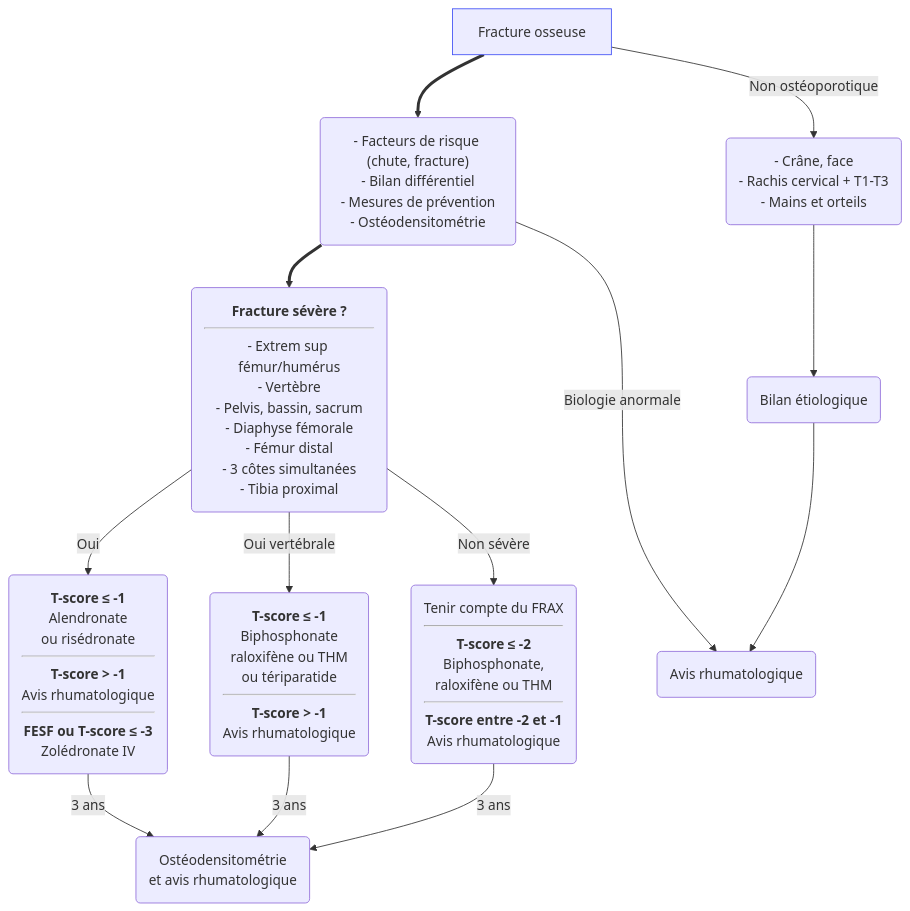
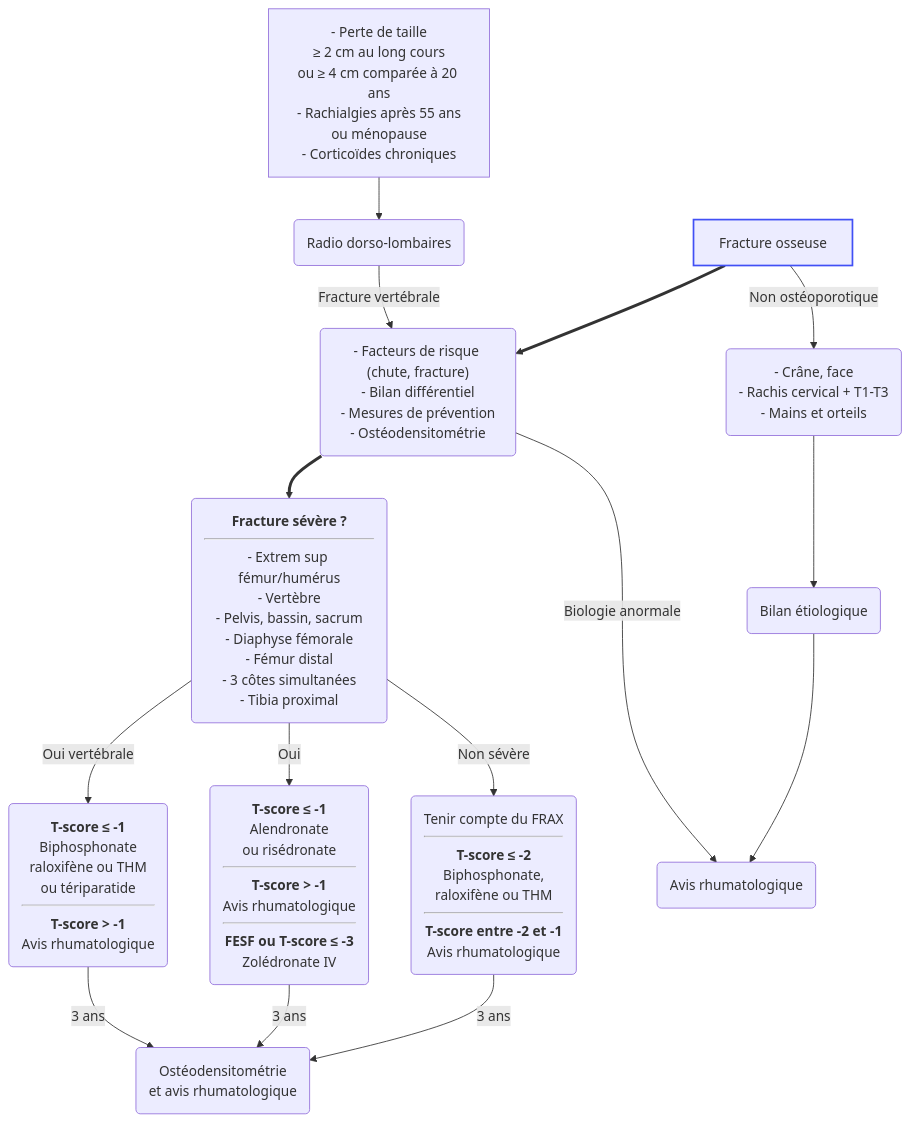
Before and after one commit to djibe/recommandations-medicales: the second of 2 diagrams in content/recommandations/osteoporose.md, drawn with Mermaid. The commit also changed other lines of this file and 16 other files, not shown here.

```diff
--- a/content/recommandations/osteoporose.md
+++ b/content/recommandations/osteoporose.md
@@ -482,12 +484,13 @@
 {{< mermaid title="Prise en charge de l'ostéoporose fracturaire de la femme. JB Fron d'après SFRhumato 2018 et HAS 2019 BUM ostéoporose" >}}
 graph TB
+  perteTaille["- Perte de taille<br>&ge; 2 cm au long cours<br>ou &ge; 4 cm comparée à 20 ans<br>- Rachialgies après 55 ans<br>ou ménopause<br>- Corticoïdes chroniques"] --> radio(Radio dorso-lombaires) -- Fracture vertébrale --> bilan
   fracture[Fracture osseuse]
-  style fracture stroke:#4150f5, stroke-width:1px
+  style fracture stroke:#4150f5, stroke-width:2px
   fracture ==> bilan("- Facteurs de risque (chute, fracture)<br>- Bilan différentiel<br>- Mesures de prévention<br>- Ostéodensitométrie")
     bilan ==> severe("<b>Fracture sévère ?</b><hr>- Extrem sup fémur/humérus<br>- Vertèbre<br>- Pelvis, bassin, sacrum<br>- Diaphyse fémorale<br>- Fémur distal<br>- 3 côtes simultanées<br>- Tibia proximal")
+      severe -- Oui vertébrale --> traitementVertebre("<b>T-score &le; -1</b><br>Biphosphonate<br>raloxifène ou THM<br>ou tériparatide<hr><b>T-score &gt; -1</b><br>Avis rhumatologique") -- 3 ans --> DXA
       severe -- Oui --> traitement("<b>T-score &le; -1</b><br>Alendronate<br>ou risédronate<hr><b>T-score &gt; -1</b><br>Avis rhumatologique<hr><b>FESF ou T-score &le; -3</b><br>Zolédronate IV") -- 3 ans --> DXA("Ostéodensitométrie<br>et avis rhumatologique")
-      severe -- Oui vertébrale --> traitementVertebre("<b>T-score &le; -1</b><br>Biphosphonate<br>raloxifène ou THM<br>ou tériparatide<hr><b>T-score &gt; -1</b><br>Avis rhumatologique") -- 3 ans --> DXA
       severe -- Non sévère --> nonSevere("Tenir compte du FRAX<hr><b>T-score &le; -2</b><br>Biphosphonate,<br>raloxifène ou THM<hr><b>T-score entre -2 et -1</b><br>Avis rhumatologique") -- 3 ans --> DXA
     bilan -- Biologie anormale --> avisSpe
   fracture -- Non ostéoporotique --> nonOsteoporotique("- Crâne, face<br>- Rachis cervical + T1-T3<br>- Mains et orteils") --> etiologique(Bilan étiologique) --> avisSpe(Avis rhumatologique)
 {{< /mermaid >}}
```
